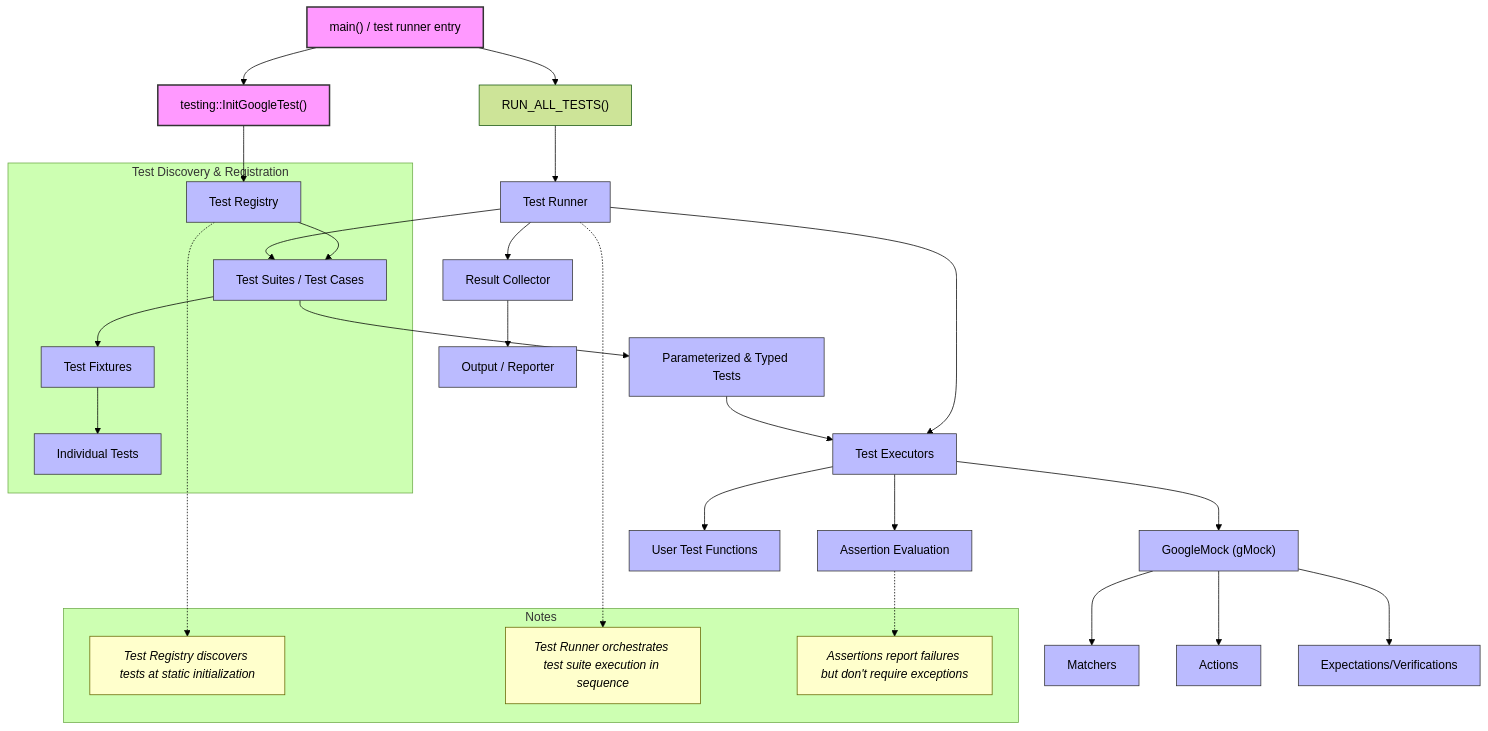
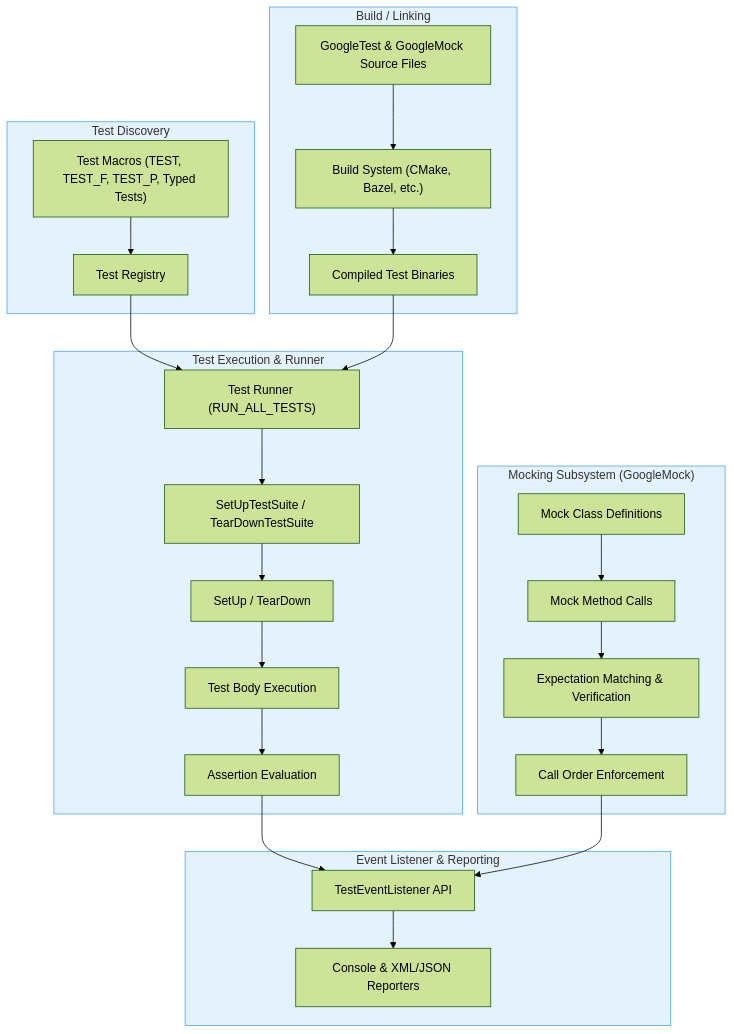
The diagram in overview/architecture-concepts/system-architecture.mdx (clidey/docucod-public-project-869ef7c3-7eff-4ad2-9765-2698303f14d7), drawn with Mermaid (forest theme) before and after one commit. The commit also changed other lines of this file and 62 other files, not shown here.

````diff
--- a/overview/architecture-concepts/system-architecture.mdx
+++ b/overview/architecture-concepts/system-architecture.mdx
@@ -16,58 +56,61 @@
 ```mermaid
 flowchart TD
-  %% Test Program Entry
-  MainApp["main() / test runner entry"] --> InitGT["testing::InitGoogleTest()"]
-  InitGT --> TestRegistry["Test Registry"]
 
-  %% Test Discovery
-  subgraph "Test Discovery & Registration"
-    TestRegistry --> TestSuites["Test Suites / Test Cases"]
-    TestSuites --> Fixtures["Test Fixtures"]
-    Fixtures --> Tests["Individual Tests"]
+  subgraph TestDiscovery["Test Discovery"]
+    TestMacros["Test Macros (TEST, TEST_F, TEST_P, Typed Tests)"]
+    TestRegistry["Test Registry"]
   end
 
-  %% Execution Control
-  MainApp --> RunTests["RUN_ALL_TESTS()"]
-  RunTests --> TestRunner["Test Runner"]
-  TestRunner --> TestSuites
-  TestRunner --> TestExecutors["Test Executors"]
-  TestExecutors --> AssertionEngine["Assertion Evaluation"]
-  TestExecutors --> MockingLayer["GoogleMock (gMock)"]
-
-  %% Mocking Path
-  MockingLayer --> Matchers["Matchers"]
-  MockingLayer --> Actions["Actions"]
-  MockingLayer --> Expectations["Expectations/Verifications"]
-
-  %% Parameterized & Typed Tests
-  TestSuites --> ParamTests["Parameterized & Typed Tests"]
-  ParamTests --> TestExecutors
-
-  %% Result Collection & Reporting
-  TestRunner --> ResultCollector["Result Collector"]
-  ResultCollector --> OutputFormatter["Output / Reporter"]
-
-  %% User Code
-  TestExecutors --> UserTestCode["User Test Functions"]
-
-  %% Callouts
-  subgraph Notes
-    Note1["Test Registry discovers tests at static initialization"]
-    Note2["Test Runner orchestrates test suite execution in sequence"]
-    Note3["Assertions report failures but don't require exceptions"]
+  subgraph TestExecution["Test Execution & Runner"]
+    TestRunner["Test Runner (RUN_ALL_TESTS)"]
+    SuiteSetup["SetUpTestSuite / TearDownTestSuite"]
+    TestFixtureSetup["SetUp / TearDown"]
+    TestBody["Test Body Execution"]
+    AssertionEval["Assertion Evaluation"]
   end
 
-  TestRegistry -.-> Note1
-  TestRunner -.-> Note2
-  AssertionEngine -.-> Note3
+  subgraph MockingSubsystem["Mocking Subsystem (GoogleMock)"]
+    MockDefinitions["Mock Class Definitions"]
+    MockInvocations["Mock Method Calls"]
+    Expectations["Expectation Matching & Verification"]
+    CallOrder["Call Order Enforcement"]
+  end
 
-  %% Styling
-  classDef entry fill:#f9f,stroke:#333,stroke-width:2px;
-  class MainApp,InitGT entry;
+  subgraph EventNotification["Event Listener & Reporting"]
+    EventListeners["TestEventListener API"]
+    OutputPrinters["Console & XML/JSON Reporters"]
+  end
 
-  classDef component fill:#bbf,stroke:#333,stroke-width:1px;
-  class TestRegistry,TestSuites,Fixtures,Tests,TestRunner,TestExecutors,AssertionEngine,MockingLayer,Matchers,Actions,Expectations,ParamTests,ResultCollector,OutputFormatter,UserTestCode component;
+  subgraph BuildProcess["Build / Linking"]
+    SourceFiles["GoogleTest & GoogleMock Source Files"]
+    BuildSystem["Build System (CMake, Bazel, etc.)"]
+    TestBinaries["Compiled Test Binaries"]
+  end
 
-  classDef notes fill:#ffc,stroke:#660,stroke-width:1px,font-style:italic;
-  class Note1,Note2,Note3 notes;
+  %% Relationships
+  TestMacros --> TestRegistry
+  TestRegistry --> TestRunner
+
+  TestRunner --> SuiteSetup
+  SuiteSetup --> TestFixtureSetup
+  TestFixtureSetup --> TestBody
+  TestBody --> AssertionEval
+  AssertionEval --> EventListeners
+
+  MockDefinitions --> MockInvocations
+  MockInvocations --> Expectations
+  Expectations --> CallOrder
+  CallOrder --> EventListeners
+
+  EventListeners --> OutputPrinters
+
+  SourceFiles --> BuildSystem
+  BuildSystem --> TestBinaries
+  TestBinaries --> TestRunner
+
+  %% Annotations
+  classDef component fill:#e3f2fd,stroke:#42a5f5,stroke-width:1px;
+
+  class TestDiscovery,TestExecution,MockingSubsystem,EventNotification,BuildProcess component;
+
 ```
````
